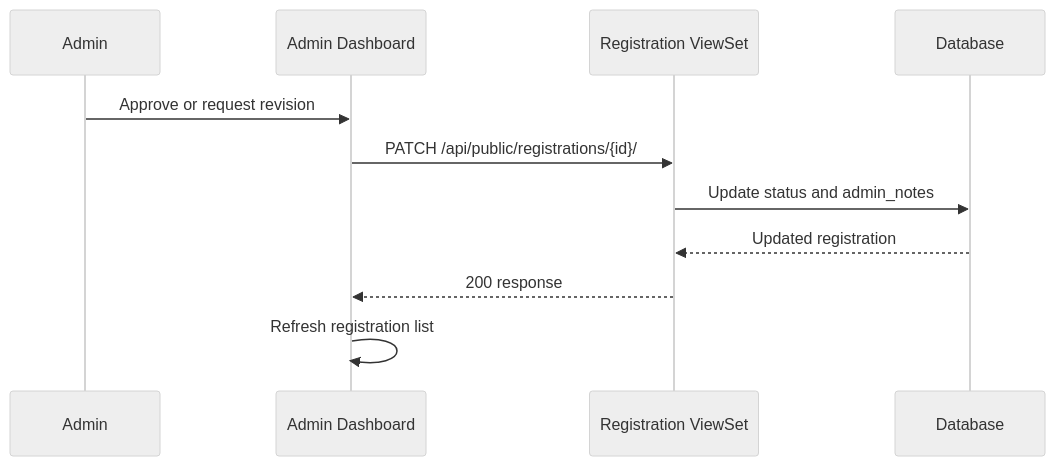
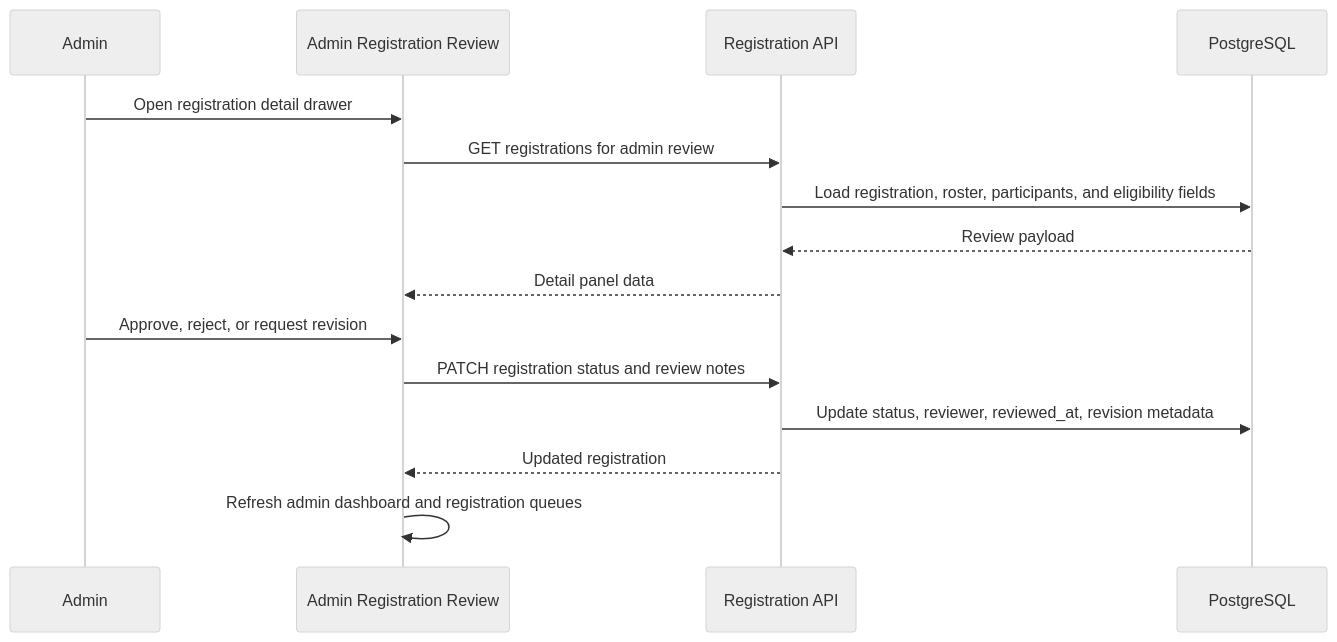
The eighth of 14 diagrams in architecture/06-runtime-flows.md (avocadoise/EnvergaArena), drawn with Mermaid (neutral theme) before and after one commit. The commit also changed other lines of this file and 1 other file, not shown here.

Commit message:
feat: enhance security documentation with detailed authentication flow and token management

````diff
--- a/architecture/06-runtime-flows.md
+++ b/architecture/06-runtime-flows.md
@@ -70,14 +186,18 @@
 ```mermaid
 sequenceDiagram
     participant A as Admin
-    participant FE as Admin Dashboard
-    participant API as Registration ViewSet
-    participant DB as Database
+    participant FE as Admin Registration Review
+    participant API as Registration API
+    participant DB as PostgreSQL
 
-    A->>FE: Approve or request revision
-    FE->>API: PATCH /api/public/registrations/{id}/
-    API->>DB: Update status and admin_notes
-    DB-->>API: Updated registration
-    API-->>FE: 200 response
-    FE->>FE: Refresh registration list
+    A->>FE: Open registration detail drawer
+    FE->>API: GET registrations for admin review
+    API->>DB: Load registration, roster, participants, and eligibility fields
+    DB-->>API: Review payload
+    API-->>FE: Detail panel data
+    A->>FE: Approve, reject, or request revision
+    FE->>API: PATCH registration status and review notes
+    API->>DB: Update status, reviewer, reviewed_at, revision metadata
+    API-->>FE: Updated registration
+    FE->>FE: Refresh admin dashboard and registration queues
 ```
````
